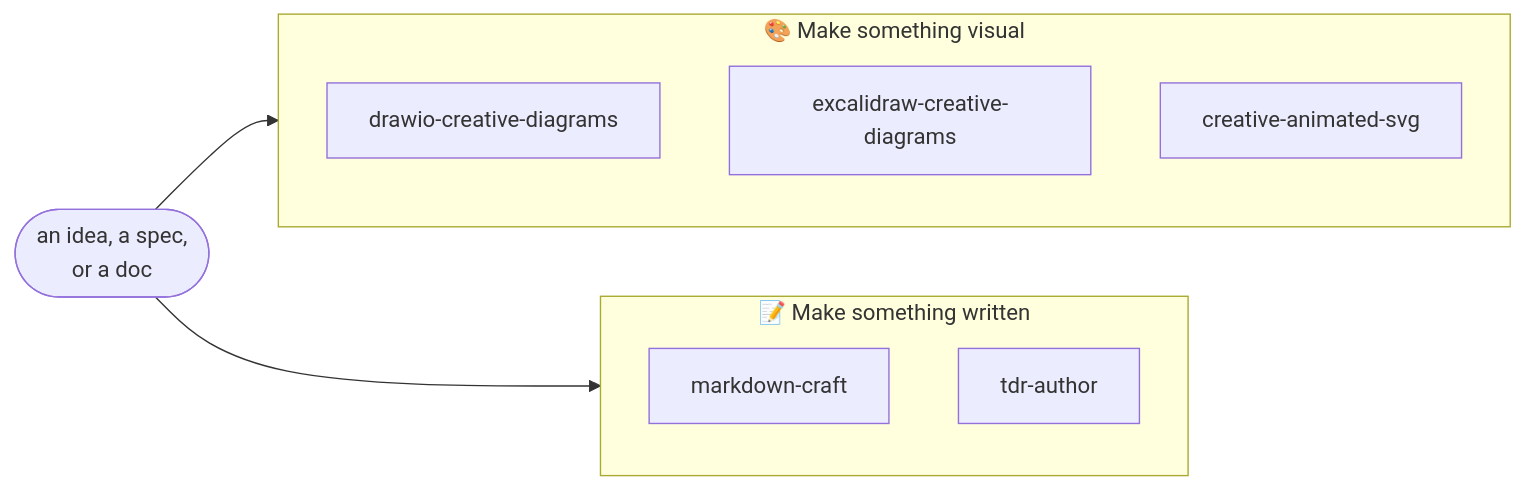
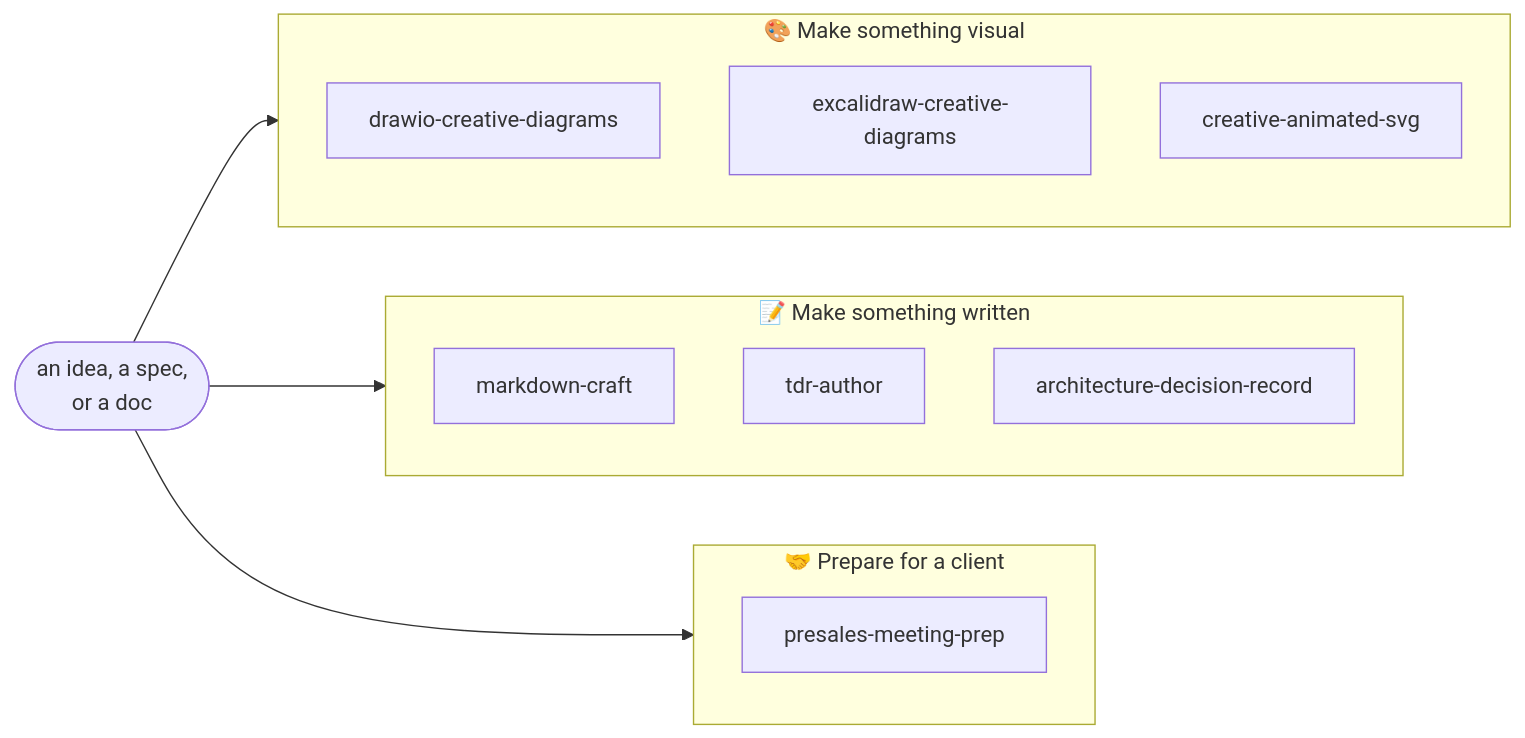
Before and after one commit to vinayagrw/claude-skills: the first of 2 diagrams in README.md, drawn with Mermaid. The commit also changed other lines of this file and 100 other files, not shown here.

````diff
--- a/README.md
+++ b/README.md
@@ -30,14 +31,19 @@
 ```mermaid
 flowchart LR
     subgraph Visuals["🎨 Make something visual"]
         A["drawio-creative-diagrams"]
         B["excalidraw-creative-diagrams"]
         C["creative-animated-svg"]
     end
     subgraph Docs["📝 Make something written"]
         D["markdown-craft"]
         E["tdr-author"]
+        F["architecture-decision-record"]
+    end
+    subgraph Sales["🤝 Prepare for a client"]
+        G["presales-meeting-prep"]
     end
     idea(["an idea, a spec,<br/>or a doc"]) --> Visuals
     idea --> Docs
+    idea --> Sales
 ```
````
